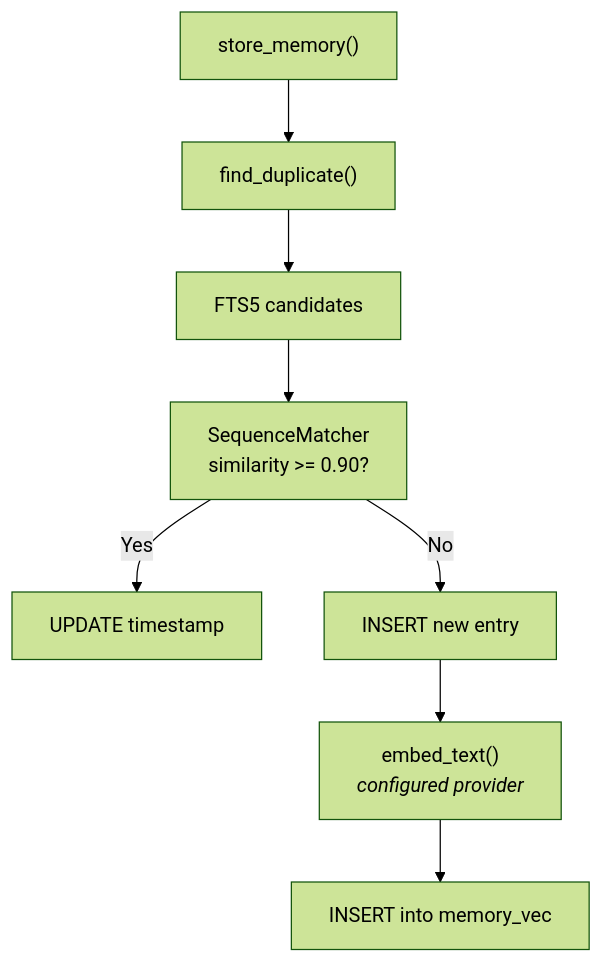
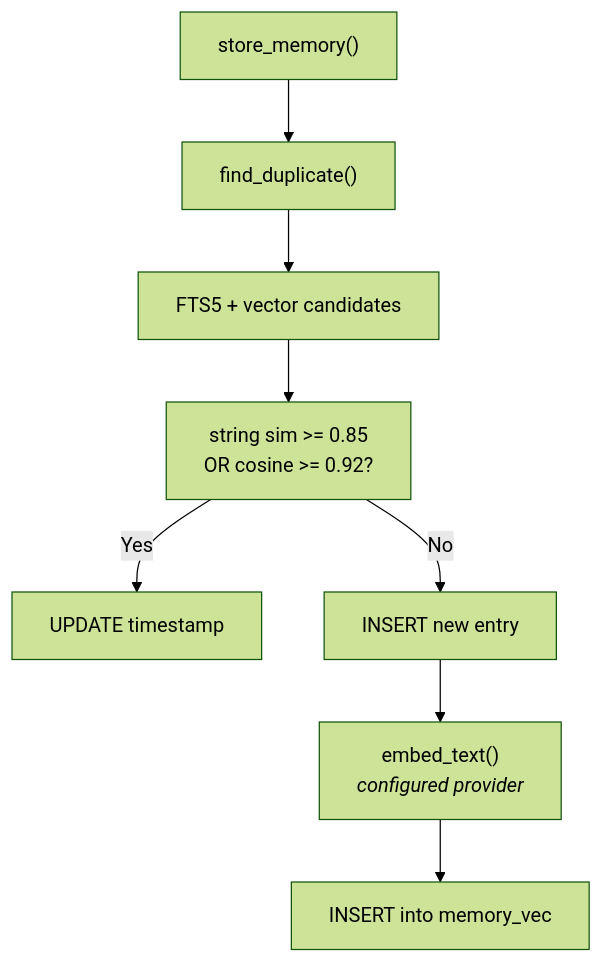
Before and after one commit to wiktordepina/mait-code: the second of 4 diagrams in docs/architecture.md, drawn with Mermaid (forest theme). The commit also changed other lines of this file and 6 other files, not shown here.

````diff
--- a/docs/architecture.md
+++ b/docs/architecture.md
@@ -179,10 +178,10 @@
 ```mermaid
 flowchart TD
     A["store_memory()"] --> B["find_duplicate()"]
-    B --> C["FTS5 candidates"]
-    C --> D["SequenceMatcher<br/>similarity >= 0.90?"]
+    B --> C["FTS5 + vector candidates"]
+    C --> D["string sim >= 0.85<br/>OR cosine >= 0.92?"]
     D -->|Yes| E["UPDATE timestamp"]
     D -->|No| F["INSERT new entry"]
     F --> G["embed_text()<br/><i>configured provider</i>"]
     G --> H["INSERT into memory_vec"]
 ```
````
